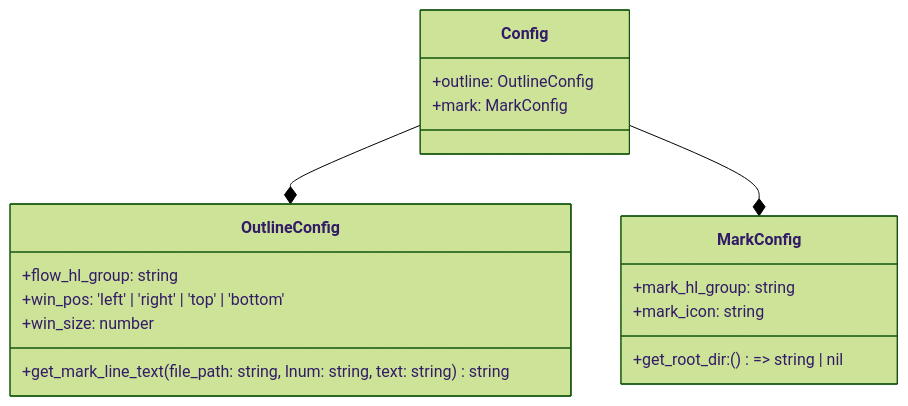
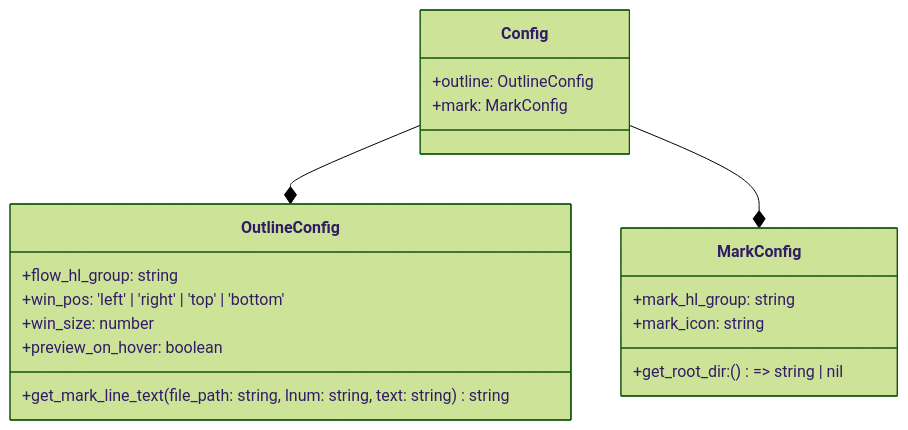
Before and after one commit to niuiic/track.nvim: diagram 16 of 16 in DESIGN.md, drawn with Mermaid (forest theme). The commit also changed other lines of this file and 4 other files, not shown here.

````diff
--- a/DESIGN.md
+++ b/DESIGN.md
@@ -379,23 +379,24 @@
 ```mermaid
 classDiagram
     Config --* OutlineConfig
     Config --* MarkConfig
     class Config {
         +outline: OutlineConfig
         +mark: MarkConfig
     }
 
     class OutlineConfig {
         +flow_hl_group: string
         +win_pos: 'left' | 'right' | 'top' | 'bottom'
         +win_size: number
+        +preview_on_hover: boolean
 
         +get_mark_line_text(file_path: string, lnum: string, text: string) string
     }
 
     class MarkConfig {
         +mark_hl_group: string
         +mark_icon: string
         +get_root_dir: () => string | nil
     }
 ```
````
